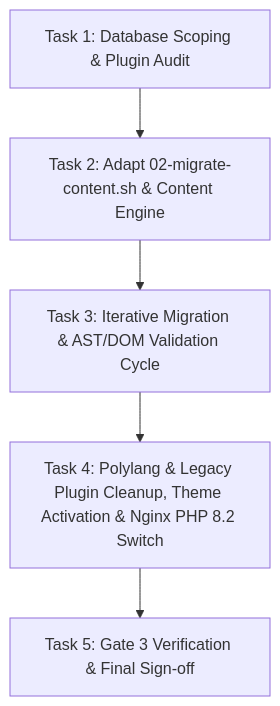
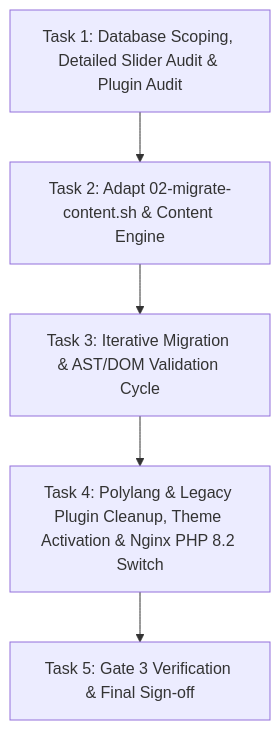
One commit to alexseif/ekkairo-flagship changed the diagram in ai-work/tasks/ekkairo-flagship-phase3-content-migration-gutenberg-conversion-plan.md. Above: the diagram before and after it, drawn with Mermaid. The commit also changed other lines of this file and 8 other files, not shown here.

Commit message:
feat(migration): execute database scoping, detailed slider inventory and plugin disregard audit

````diff
--- a/ai-work/tasks/ekkairo-flagship-phase3-content-migration-gutenberg-conversion-plan.md
+++ b/ai-work/tasks/ekkairo-flagship-phase3-content-migration-gutenberg-conversion-plan.md
@@ -123,7 +138,7 @@
 ```mermaid
 graph TD
-    T1[Task 1: Database Scoping & Plugin Audit] --> T2[Task 2: Adapt 02-migrate-content.sh & Content Engine]
+    T1[Task 1: Database Scoping, Detailed Slider Audit & Plugin Audit] --> T2[Task 2: Adapt 02-migrate-content.sh & Content Engine]
     T2 --> T3[Task 3: Iterative Migration & AST/DOM Validation Cycle]
     T3 --> T4[Task 4: Polylang & Legacy Plugin Cleanup, Theme Activation & Nginx PHP 8.2 Switch]
     T4 --> T5[Task 5: Gate 3 Verification & Final Sign-off]
 ```
````
